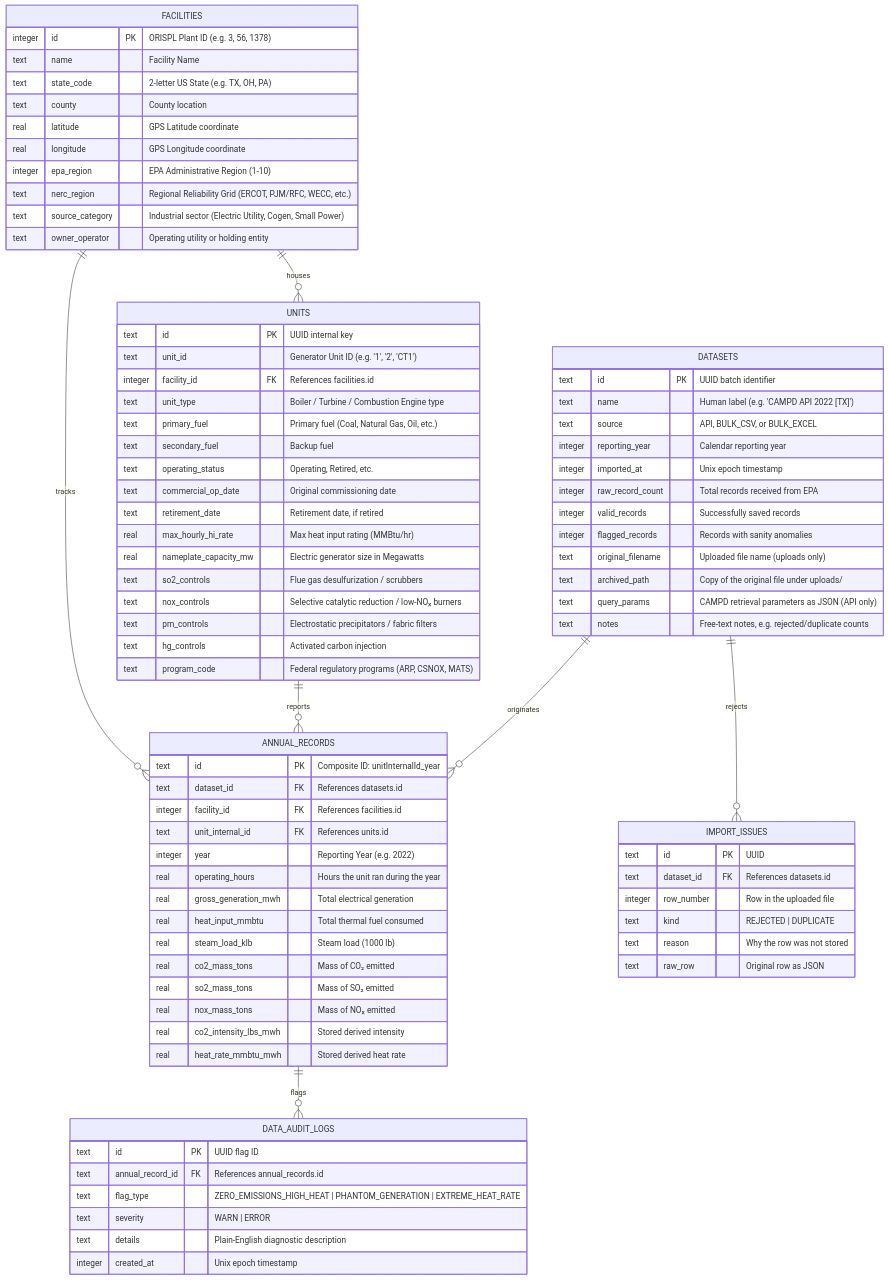
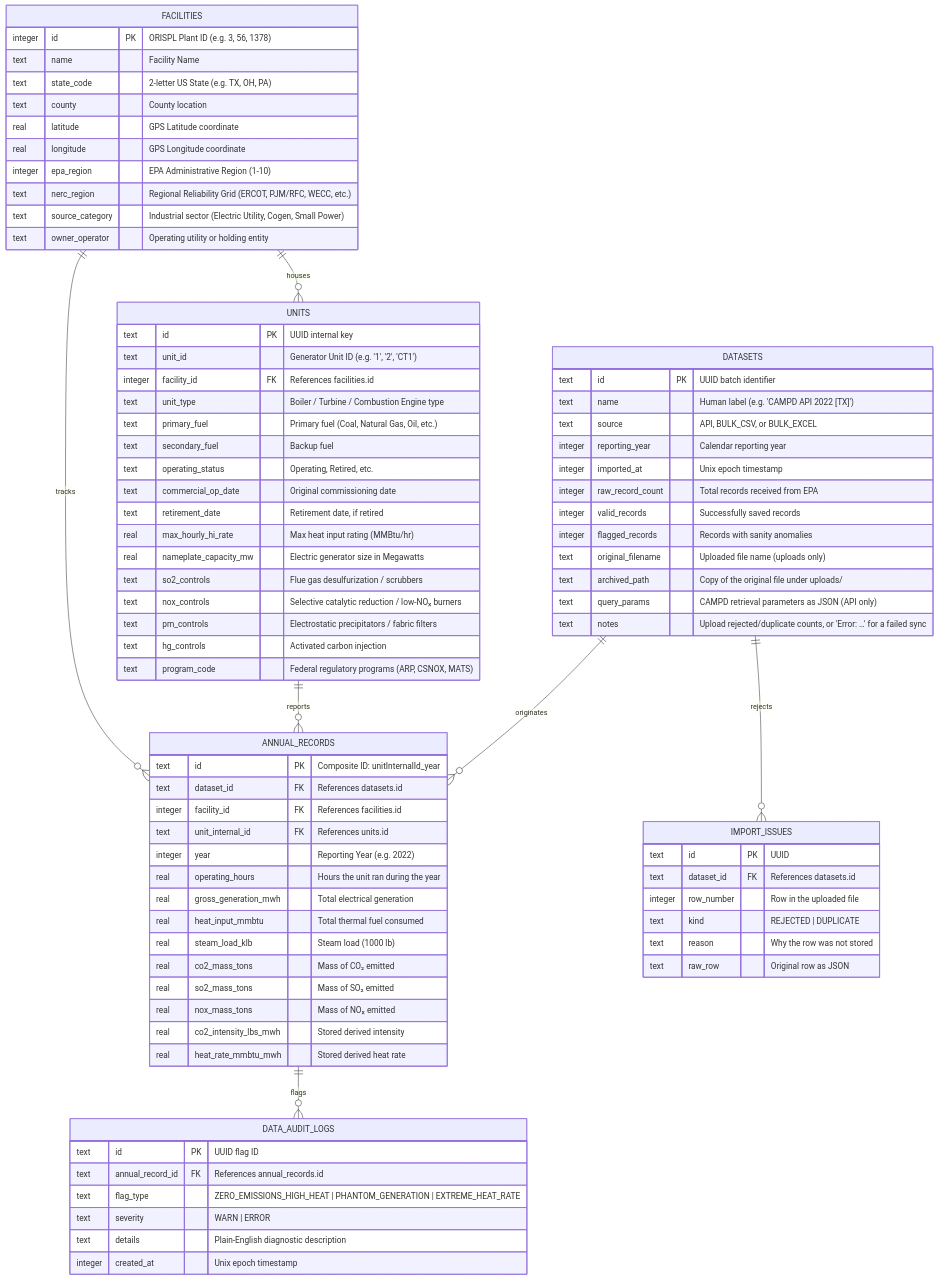
One commit to raajbanga/cs396-project changed the diagram in README.md. Above: the diagram before and after it, drawn with Mermaid. The commit also changed other lines of this file and 10 other files, not shown here.

```diff
--- a/README.md
+++ b/README.md
@@ -129,7 +130,7 @@
         text original_filename "Uploaded file name (uploads only)"
         text archived_path "Copy of the original file under uploads/"
         text query_params "CAMPD retrieval parameters as JSON (API only)"
-        text notes "Free-text notes, e.g. rejected/duplicate counts"
+        text notes "Upload rejected/duplicate counts, or 'Error: …' for a failed sync"
     }
 
     ANNUAL_RECORDS {
```
